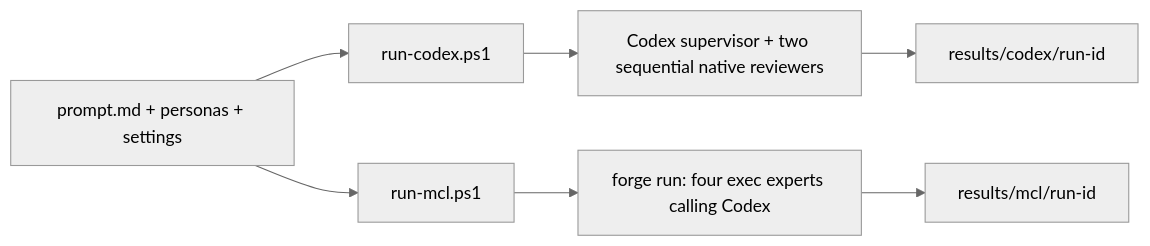
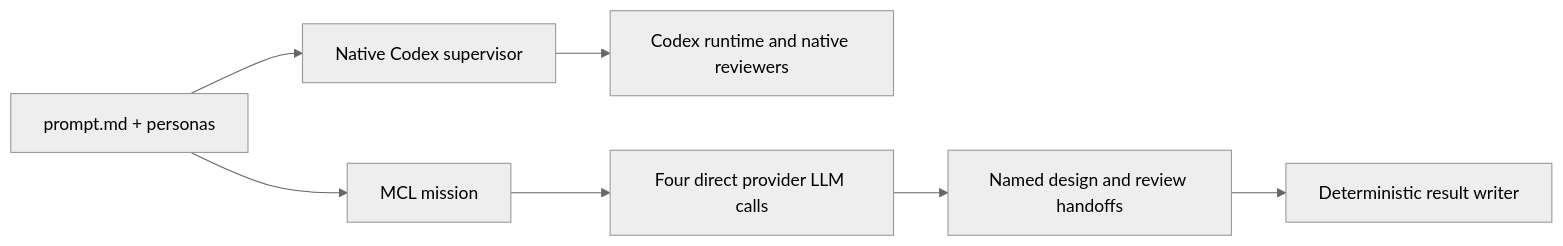
Before and after one commit to katasec/mission-control-language: the diagram in docs/phases/phase-72-supervisor-comparison.md, drawn with Mermaid (neutral theme). The commit also changed other lines of this file and 14 other files, not shown here.

Commit message:
Rewrite comparison mission with native MCL experts and discard old evidence

````diff
--- a/docs/phases/phase-72-supervisor-comparison.md
+++ b/docs/phases/phase-72-supervisor-comparison.md
@@ -20,9 +22,9 @@
 ```mermaid
 flowchart LR
-    P[prompt.md + personas + settings] --> C[run-codex.ps1]
-    P --> M[run-mcl.ps1]
-    C --> N[Codex supervisor + two sequential native reviewers]
-    M --> F[forge run: four exec experts calling Codex]
-    N --> RC[results/codex/run-id]
-    F --> RM[results/mcl/run-id]
+    P[prompt.md + personas] --> C[Native Codex supervisor]
+    P --> M[MCL mission]
+    C --> CC[Codex runtime and native reviewers]
+    M --> L[Four direct provider LLM calls]
+    L --> R[Named design and review handoffs]
+    R --> S[Deterministic result writer]
 ```
````
